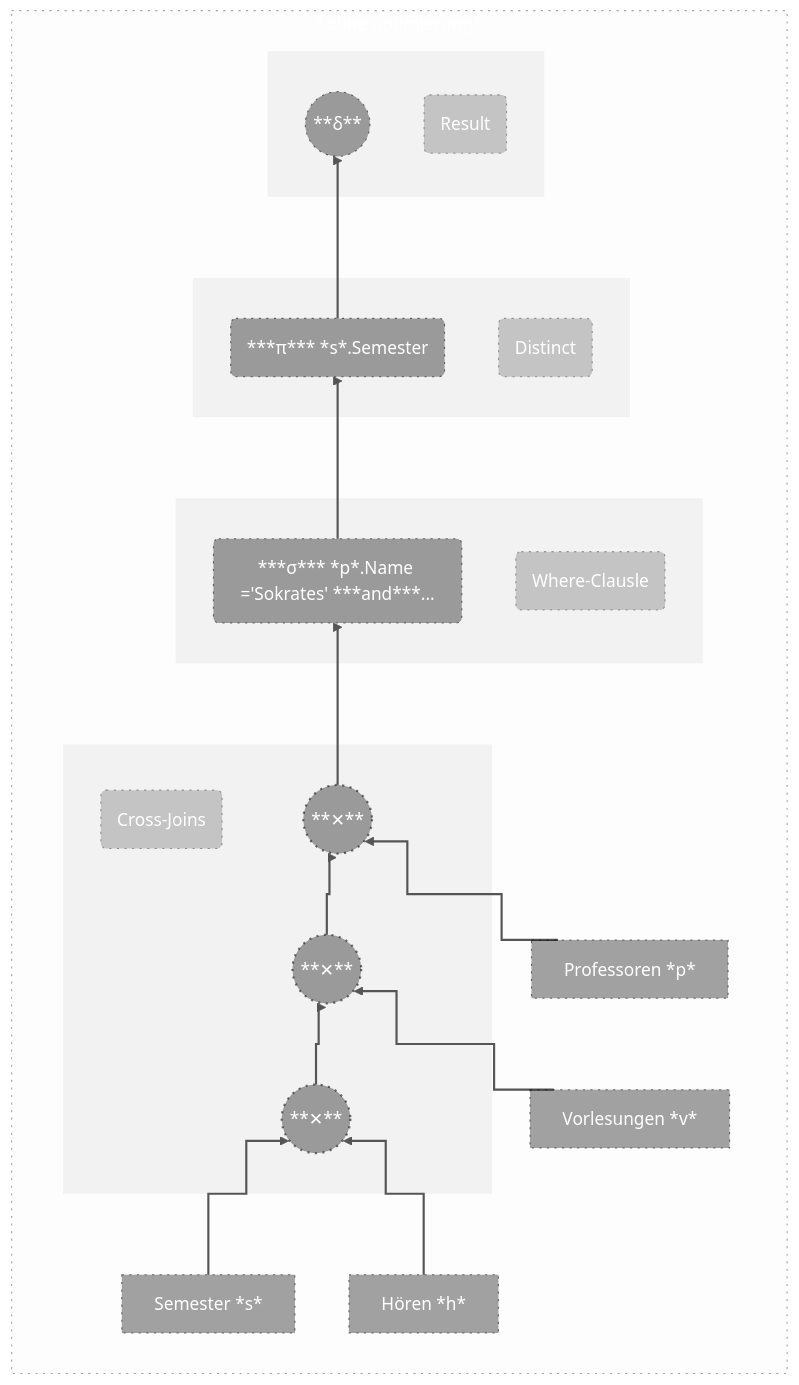
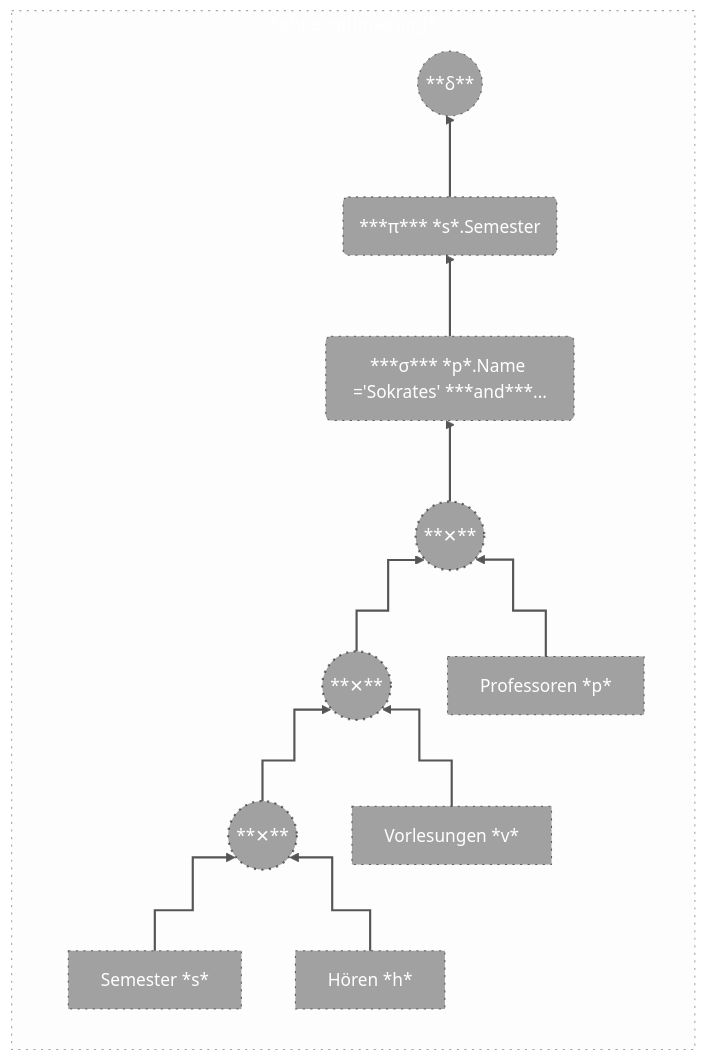
The diagram in diagrams/logische-optimierung.md (IxI-Enki/DbiTheorie-001), drawn with Mermaid before and after one commit. The commit also changed other lines of this file, not shown here.

````diff
--- a/diagrams/logische-optimierung.md
+++ b/diagrams/logische-optimierung.md
@@ -4,72 +8,71 @@
 ```mermaid
 %%{init: { "flowchart": { "curve": "step" } } }%%
 
 flowchart BT
   classDef steps fill:#00000002, stroke:#0000005a, stroke-width:1px, color:#fff, stroke-dasharray: 2 5;
 
   subgraph step0[ *ohne optimierung* ]
     direction BT
   classDef cross fill:#0000005d, stroke:#0000008a, stroke-width:2px, color:#fff, stroke-dasharray: 2 5;
   classDef node fill:#0000005d, stroke:#0000008a, stroke-width:1px, color:#fff, stroke-dasharray: 2 5;
   classDef sub fill:#0000000b, stroke:#ffffff0e, stroke-width:1px, color:#fff;
   classDef note fill:#00000031, stroke:#0000005a, stroke-width:1px, color:#fff, stroke-dasharray: 2 5;
 
-  noteX
   0((**δ**))
   1(***π*** *s*.Semester )
   2(***σ*** *p*.Name ='Sokrates' ***and***... )
   p[Professoren *p*]
   s[Semester *s*]
   h[Hören *h*]
   v[Vorlesungen *v*]
    x((**✕**))
   x2((**✕**))
   x3((**✕**))
   
   class x,x2,x3 cross;
   class 0,1,2,p,v,s,h node;
   %% 0  
   1  --> 0        
   %% 1      
   2  --> 1        
   %% 2      
   x  --> 2        
   %% 3      
   x2 --> x        
   %% 4      
   x3 --> x2       
   %% 5      
   v  --> x2       
   %% 6      
   p  --> x        
   %% 7      
   s  --> x3       
   %% 8      
   h  --> x3       
   linkStyle 0,1,2,3,4,5,6,7,8 fill:none, stroke:#555, stroke-width:2px, color:white;
-  
-  
-  subgraph sub0 [" "]
-    0
-    note( Result )
-  end
-  subgraph sub1 [" "]
-    1
-    note1( Distinct )
-  end
-  subgraph sub2 [" "]
-    2
-    note2( Where-Clausle )
-  end
- 
-  subgraph subX [" "]
-    noteX( Cross-Joins )
-    x  
-    x2
-    x3
-  end
-  class sub0,sub1,sub2,subP,subV,subS,subH,subX sub;
-  class note,note1,note2,noteH,noteS,noteV,noteP,noteX note;
+%%  subgraph sub0 [" "]
+%%    0
+%%    note( Result )
+%%  end
+%%  subgraph sub1 [" "]
+%%    1
+%%    note1( Distinct )
+%%  end
+%%  subgraph sub2 [" "]
+%%    2
+%%    note2( Where-Clausle )
+%%  end
+%% 
+%%  subgraph subX [" "]
+%%    noteX( Cross-Joins )
+%%    x  
+%%    x2
+%%    x3
+%%  end
+%%  class sub0,sub1,sub2,subP,subV,subS,subH,subX sub;
+%%  class note,note1,note2,noteH,noteS,noteV,noteP,noteX note;
 end
 class step0 steps;
+
+  
 ```
````
